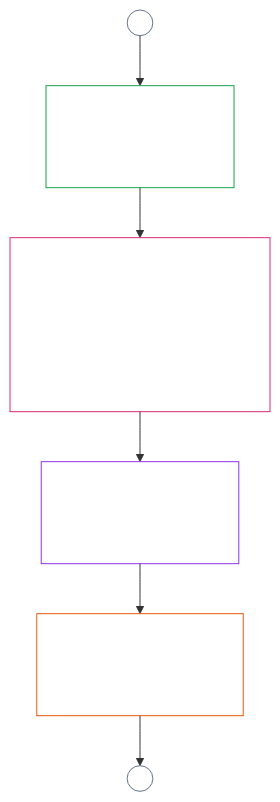
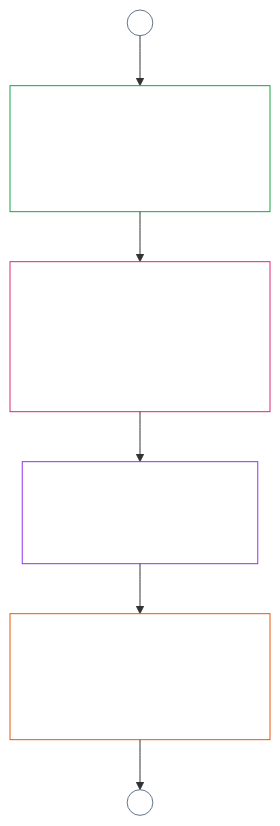
Before and after one commit to kfoelsch/Sentient_Constitution: the second of 2 diagrams in doc_architecture/generated/print_pack.md, drawn with Mermaid. The commit also changed 206 other files, not shown here.

````diff
--- a/doc_architecture/generated/print_pack.md
+++ b/doc_architecture/generated/print_pack.md
@@ -407,14 +407,14 @@
 ```mermaid
 flowchart TB
-  C[Certify the system<br/><br/>Chapter Eight] --> S[Measure help and harm<br/><br/>two tracks, never one net score<br/>Chapters Fourteen and Fifteen]
+  C[Certify systems and institutions<br/><br/>Chapters Eight and Nine] --> S[Measure help and harm<br/><br/>two tracks, never one net score<br/>Chapter Ten]
   A0((A)) --> C
-  S --> E[Effects and remedy<br/><br/>Chapter Sixteen]
-  E --> F[Forum families<br/><br/>Chapter Twenty-Two]
+  S --> E[Effects and remedy<br/><br/>Chapters Ten to Thirteen]
+  E --> F[Forum families<br/><br/>Chapters Sixteen and Seventeen]
   F --> A1((A))
   style C fill:none,stroke:#16a34a,color:#ffffff
   style S fill:none,stroke:#db2777,color:#ffffff
   style E fill:none,stroke:#9333ea,color:#ffffff
   style F fill:none,stroke:#ea580c,color:#ffffff
   style A0 fill:none,stroke:#64748b,color:#ffffff
   style A1 fill:none,stroke:#64748b,color:#ffffff
 ```
````
